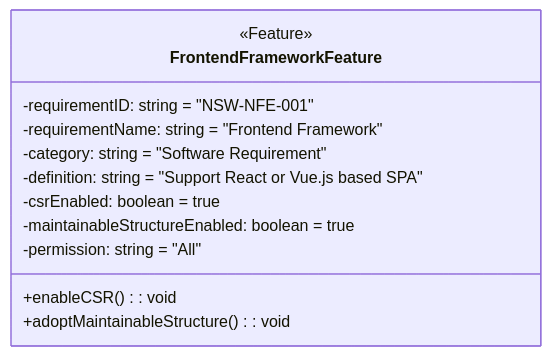
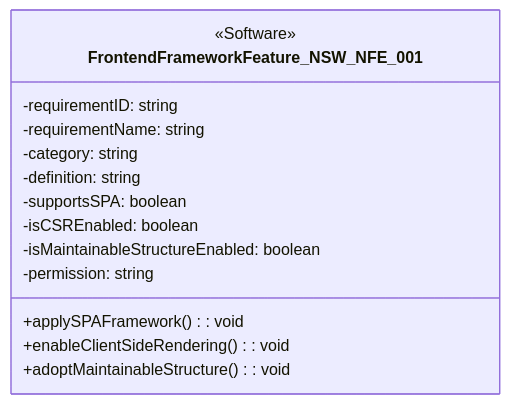
One commit to sun922/University-SoftwareDesign changed diagram 20 of 32 in 1. Requirement Analysis/Software Requirements Specification.md. Above: the diagram before and after it, drawn with Mermaid. The commit also changed other lines of this file, not shown here.

First line of the commit message:
Update Software Requirements Specification.md

````diff
--- a/1. Requirement Analysis/Software Requirements Specification.md
+++ b/1. Requirement Analysis/Software Requirements Specification.md
@@ -618,17 +622,18 @@
 ```mermaid
 classDiagram
-    class FrontendFrameworkFeature {
-        <<Feature>>
-        -requirementID: string = "NSW-NFE-001"
-        -requirementName: string = "Frontend Framework"
-        -category: string = "Software Requirement"
-        -definition: string = "Support React or Vue.js based SPA"
-        -csrEnabled: boolean = true
-        -maintainableStructureEnabled: boolean = true
-        -permission: string = "All"
+    class FrontendFrameworkFeature_NSW_NFE_001 {
+        <<Software>>
+        -requirementID: string
+        -requirementName: string
+        -category: string
+        -definition: string
+        -supportsSPA: boolean
+        -isCSREnabled: boolean
+        -isMaintainableStructureEnabled: boolean
+        -permission: string
 
-        +enableCSR(): void
+        +applySPAFramework(): void
+        +enableClientSideRendering(): void
         +adoptMaintainableStructure(): void
     }
-
 ```
````
